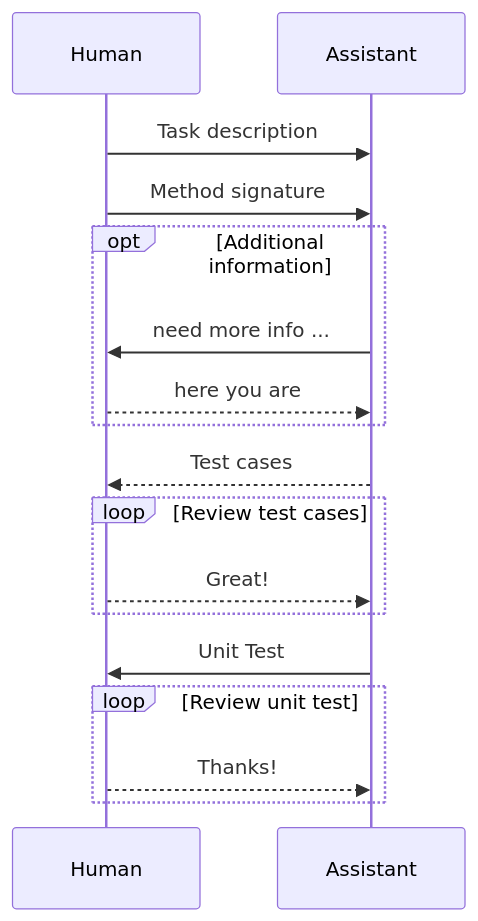
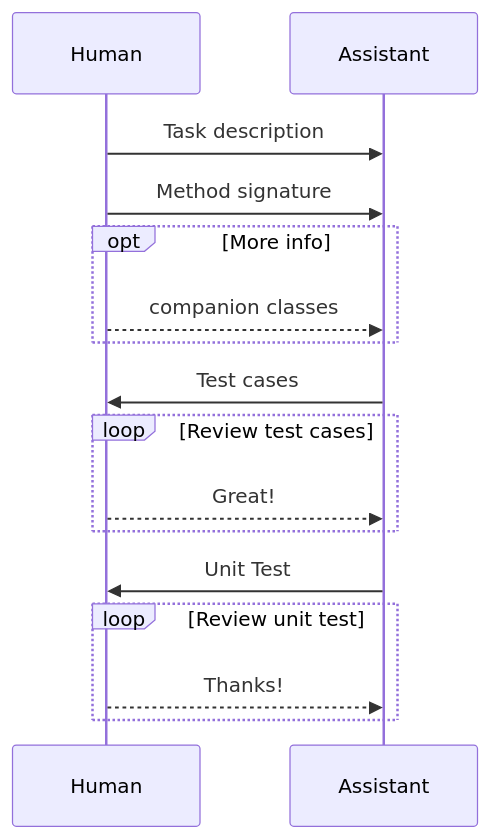
One commit to rabestro/rabestro.github.io changed the first of 8 diagrams in _posts/2023-08-27-blackbox-testing-validate-binary-search-tree.md. Above: the diagram before and after it, drawn with Mermaid.

Commit message:
Refine dialogue in BlackBox testing blog post
Simplified and clarified the conversation model in the BlackBox testing blog post for better user comprehension. This has been done by introducing a mermaid sequence diagram to represent the communication between User and AI during test case construction. An 'Additional Information' section has been replaced by 'More Info' with simpler dialogues for enhanced clarity.

````diff
--- a/_posts/2023-08-27-blackbox-testing-validate-binary-search-tree.md
+++ b/_posts/2023-08-27-blackbox-testing-validate-binary-search-tree.md
@@ -12,19 +12,18 @@
 ```mermaid
 sequenceDiagram
     participant H as Human
     participant A as Assistant
     H ->> A: Task description
     H ->> A: Method signature
-    opt Additional information
-        A ->> H: need more info ...
-        H -->> A: here you are
+    opt More info
+        H -->> A: companion classes
     end
-    A -->> H: Test cases
+    A ->> H: Test cases
     loop Review test cases
         H -->> A: Great!
     end
     A ->> H: Unit Test
     loop Review unit test
         H -->> A: Thanks!
     end
 ```
````
